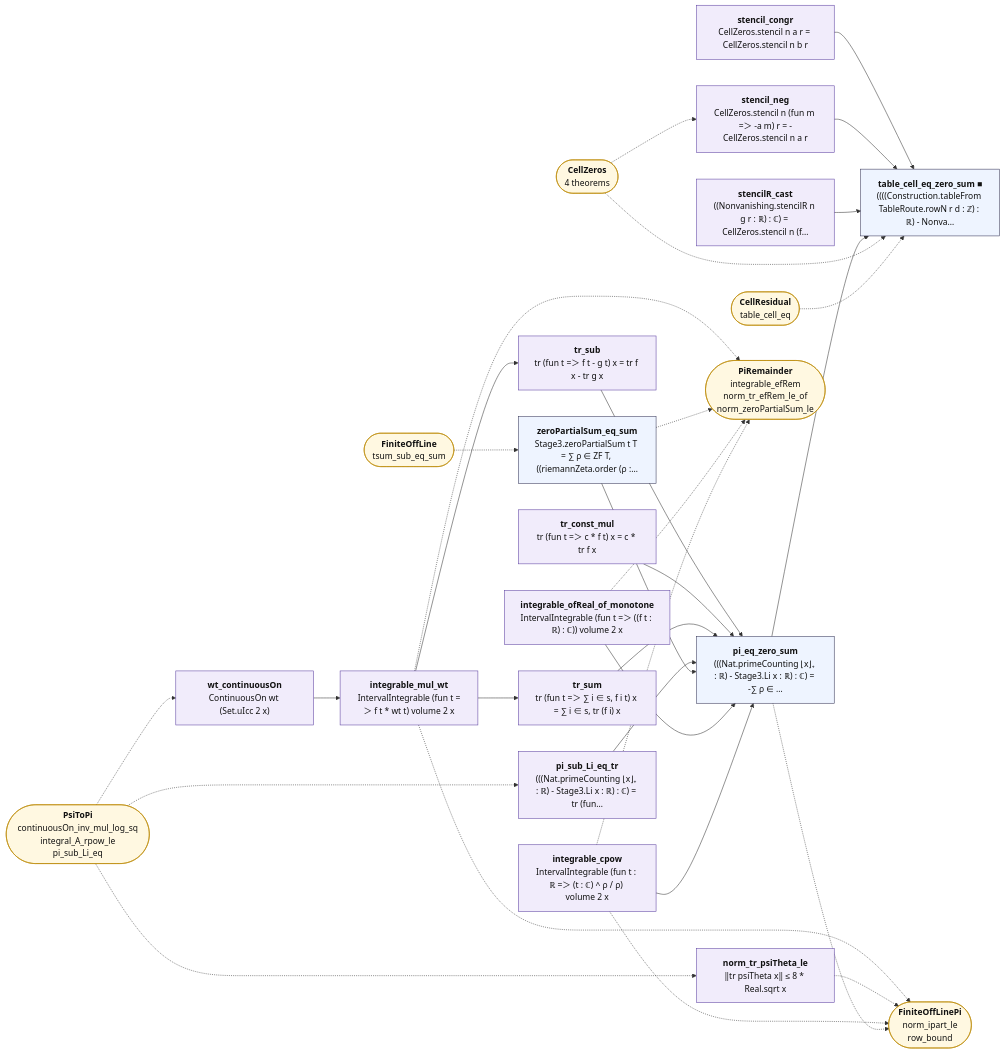
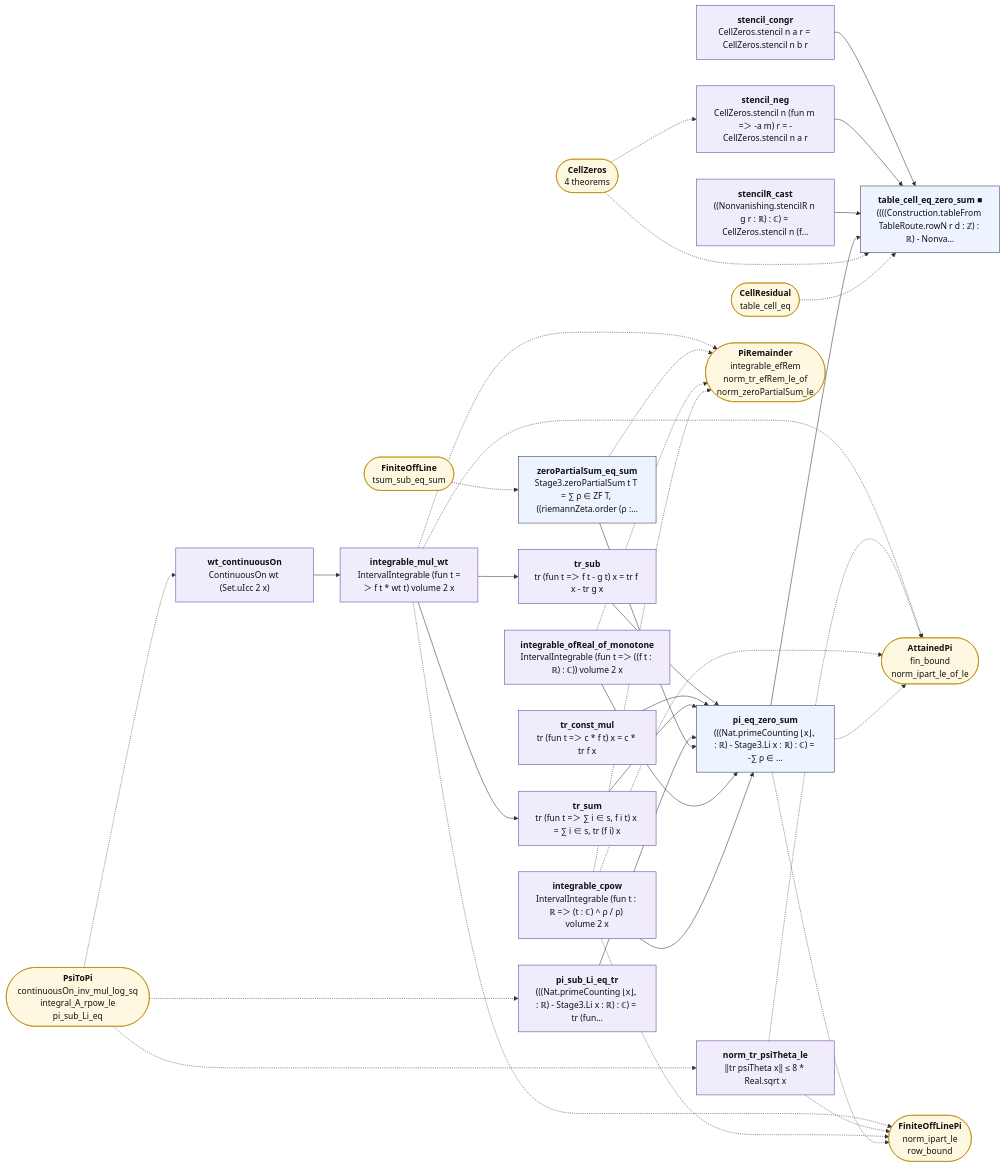
The diagram in map/lean_stage3/PiZeros.md (juliansambranojr/Primebeat_081426), drawn with Mermaid before and after one commit. The commit also changed other lines of this file and 50 other files, not shown here.

First line of the commit message:
C7: joint 10 on the count when the largest real part of the zeros is attained (unit 0456)

````diff
--- a/map/lean_stage3/PiZeros.md
+++ b/map/lean_stage3/PiZeros.md
@@ -12,61 +12,66 @@
 ```mermaid
 flowchart LR
   n0["<b>wt_continuousOn</b><br/>ContinuousOn wt (Set.uIcc 2 x)"]:::shp
   n1["<b>integrable_mul_wt</b><br/>IntervalIntegrable (fun t =＞ f t * wt t) volume 2 x"]:::shp
   n2["<b>tr_sub</b><br/>tr (fun t =＞ f t - g t) x = tr f x - tr g x"]:::shp
   n3["<b>tr_const_mul</b><br/>tr (fun t =＞ c * f t) x = c * tr f x"]:::shp
   n4["<b>tr_sum</b><br/>tr (fun t =＞ ∑ i ∈ s, f i t) x = ∑ i ∈ s, tr (f i) x"]:::shp
   n5["<b>pi_sub_Li_eq_tr</b><br/>(((Nat.primeCounting ⌊x⌋₊ : ℝ) - Stage3.Li x : ℝ) : ℂ) = tr (fun…"]:::shp
   n6["<b>zeroPartialSum_eq_sum</b><br/>Stage3.zeroPartialSum t T = ∑ ρ ∈ ZF T, ((riemannZeta.order (ρ :…"]:::thm
   n7["<b>integrable_ofReal_of_monotone</b><br/>IntervalIntegrable (fun t =＞ ((f t : ℝ) : ℂ)) volume 2 x"]:::shp
   n8["<b>integrable_cpow</b><br/>IntervalIntegrable (fun t : ℝ =＞ (t : ℂ) ^ ρ / ρ) volume 2 x"]:::shp
   n9["<b>pi_eq_zero_sum</b><br/>(((Nat.primeCounting ⌊x⌋₊ : ℝ) - Stage3.Li x : ℝ) : ℂ) = -∑ ρ ∈ …"]:::thm
   n10["<b>norm_tr_psiTheta_le</b><br/>‖tr psiTheta x‖ ≤ 8 * Real.sqrt x"]:::shp
   n11["<b>stencil_congr</b><br/>CellZeros.stencil n a r = CellZeros.stencil n b r"]:::shp
   n12["<b>stencil_neg</b><br/>CellZeros.stencil n (fun m =＞ -a m) r = -CellZeros.stencil n a r"]:::shp
   n13["<b>stencilR_cast</b><br/>((Nonvanishing.stencilR n g r : ℝ) : ℂ) = CellZeros.stencil n (f…"]:::shp
   n14["<b>table_cell_eq_zero_sum ■</b><br/>((((Construction.tableFrom TableRoute.rowN r d : ℤ) : ℝ) - Nonva…"]:::thm
   x0(["<b>PsiToPi</b><br/>continuousOn_inv_mul_log_sq<br/>integral_A_rpow_le<br/>pi_sub_Li_eq"]):::ext
-  x1(["<b>FiniteOffLinePi</b><br/>norm_ipart_le<br/>row_bound"]):::ext
-  x2(["<b>PiRemainder</b><br/>integrable_efRem<br/>norm_tr_efRem_le_of<br/>norm_zeroPartialSum_le"]):::ext
-  x3(["<b>FiniteOffLine</b><br/>tsum_sub_eq_sum"]):::ext
-  x4(["<b>CellZeros</b><br/>4 theorems"]):::ext
-  x5(["<b>CellResidual</b><br/>table_cell_eq"]):::ext
+  x1(["<b>AttainedPi</b><br/>fin_bound<br/>norm_ipart_le_of_le"]):::ext
+  x2(["<b>FiniteOffLinePi</b><br/>norm_ipart_le<br/>row_bound"]):::ext
+  x3(["<b>PiRemainder</b><br/>integrable_efRem<br/>norm_tr_efRem_le_of<br/>norm_zeroPartialSum_le"]):::ext
+  x4(["<b>FiniteOffLine</b><br/>tsum_sub_eq_sum"]):::ext
+  x5(["<b>CellZeros</b><br/>4 theorems"]):::ext
+  x6(["<b>CellResidual</b><br/>table_cell_eq"]):::ext
   n0 --> n1
   n1 --> n2
   n1 --> n4
   n11 --> n14
   n12 --> n14
   n13 --> n14
   n2 --> n9
   n3 --> n9
   n4 --> n9
   n5 --> n9
   n6 --> n9
   n7 --> n9
   n8 --> n9
   n9 --> n14
   n1 -.-> x1
   n1 -.-> x2
+  n1 -.-> x3
   n10 -.-> x1
-  n6 -.-> x2
-  n7 -.-> x2
+  n10 -.-> x2
+  n6 -.-> x3
+  n7 -.-> x3
   n8 -.-> x1
   n8 -.-> x2
+  n8 -.-> x3
   n9 -.-> x1
+  n9 -.-> x2
   x0 -.-> n0
   x0 -.-> n10
   x0 -.-> n5
-  x3 -.-> n6
-  x4 -.-> n12
-  x4 -.-> n14
+  x4 -.-> n6
+  x5 -.-> n12
   x5 -.-> n14
+  x6 -.-> n14
   classDef cnt fill:#dff5ec,stroke:#17694a,color:#111
   classDef shp fill:#f1ecfb,stroke:#5b3fa0,color:#111
   classDef rh fill:#ffe5e5,stroke:#c22,color:#111,stroke-width:2px
   classDef thm fill:#eef4ff,stroke:#335,color:#111
   classDef end_ fill:#e7f7e7,stroke:#2a7,color:#111,stroke-width:2px
   classDef lone fill:#fff,stroke:#999,color:#111,stroke-dasharray:4 3
   classDef bad fill:#ffe5e5,stroke:#c22,color:#111,stroke-width:2px
   classDef ext fill:#fff8e1,stroke:#b80,color:#111
 ```
````
